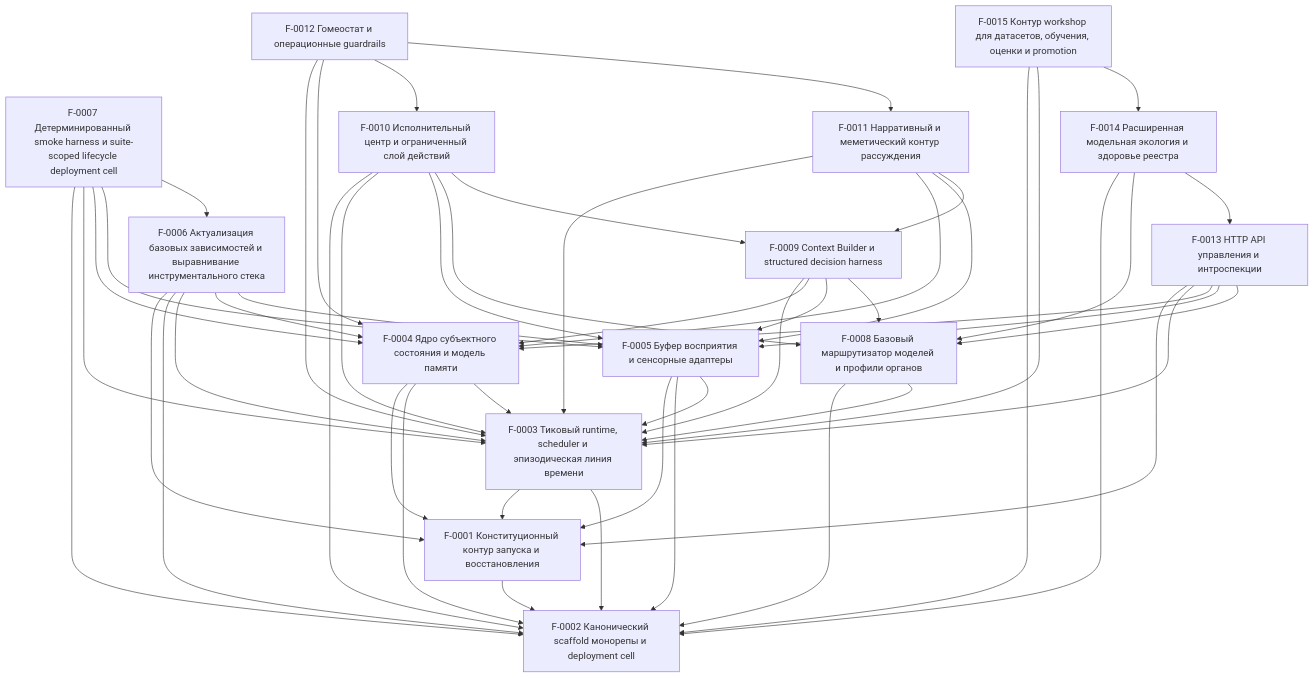
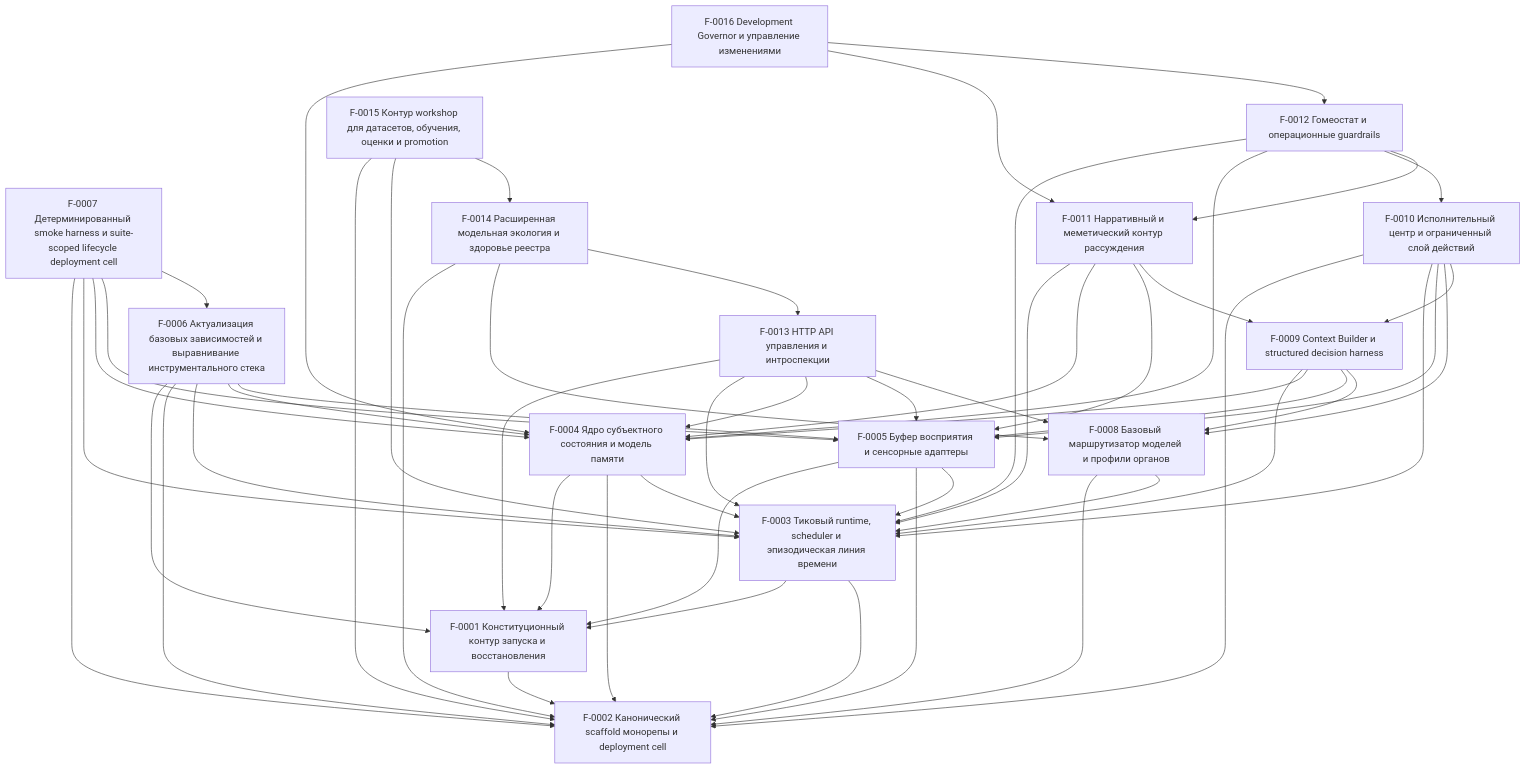
Before and after one commit to kostysh/yaagi: the diagram in docs/ssot/index.md, drawn with Mermaid. The commit also changed other lines of this file and 4 other files, not shown here.

Commit message:
docs: 📝 intake cf-016 development governor dossier

````diff
--- a/docs/ssot/index.md
+++ b/docs/ssot/index.md
@@ -33,67 +34,71 @@
 ```mermaid
 graph TD
   F0001["F-0001 Конституционный контур запуска и восстановления"]
   F0002["F-0002 Канонический scaffold монорепы и deployment cell"]
   F0003["F-0003 Тиковый runtime, scheduler и эпизодическая линия времени"]
   F0004["F-0004 Ядро субъектного состояния и модель памяти"]
   F0005["F-0005 Буфер восприятия и сенсорные адаптеры"]
   F0006["F-0006 Актуализация базовых зависимостей и выравнивание инструментального стека"]
   F0007["F-0007 Детерминированный smoke harness и suite-scoped lifecycle deployment cell"]
   F0008["F-0008 Базовый маршрутизатор моделей и профили органов"]
   F0009["F-0009 Context Builder и structured decision harness"]
   F0010["F-0010 Исполнительный центр и ограниченный слой действий"]
   F0011["F-0011 Нарративный и меметический контур рассуждения"]
   F0012["F-0012 Гомеостат и операционные guardrails"]
   F0013["F-0013 HTTP API управления и интроспекции"]
   F0014["F-0014 Расширенная модельная экология и здоровье реестра"]
   F0015["F-0015 Контур workshop для датасетов, обучения, оценки и promotion"]
+  F0016["F-0016 Development Governor и управление изменениями"]
   F0001 --> F0002
   F0003 --> F0001
   F0003 --> F0002
   F0004 --> F0001
   F0004 --> F0002
   F0004 --> F0003
   F0005 --> F0001
   F0005 --> F0002
   F0005 --> F0003
   F0006 --> F0001
   F0006 --> F0002
   F0006 --> F0003
   F0006 --> F0004
   F0006 --> F0005
   F0007 --> F0002
   F0007 --> F0003
   F0007 --> F0004
   F0007 --> F0005
   F0007 --> F0006
   F0008 --> F0002
   F0008 --> F0003
   F0009 --> F0003
   F0009 --> F0004
   F0009 --> F0005
   F0009 --> F0008
   F0010 --> F0002
   F0010 --> F0003
   F0010 --> F0005
   F0010 --> F0008
   F0010 --> F0009
   F0011 --> F0003
   F0011 --> F0004
   F0011 --> F0005
   F0011 --> F0009
   F0012 --> F0003
   F0012 --> F0004
   F0012 --> F0010
   F0012 --> F0011
   F0013 --> F0001
   F0013 --> F0003
   F0013 --> F0004
   F0013 --> F0005
   F0013 --> F0008
   F0014 --> F0002
   F0014 --> F0008
   F0014 --> F0013
   F0015 --> F0002
   F0015 --> F0003
   F0015 --> F0014
+  F0016 --> F0004
+  F0016 --> F0011
+  F0016 --> F0012
 ```
````
